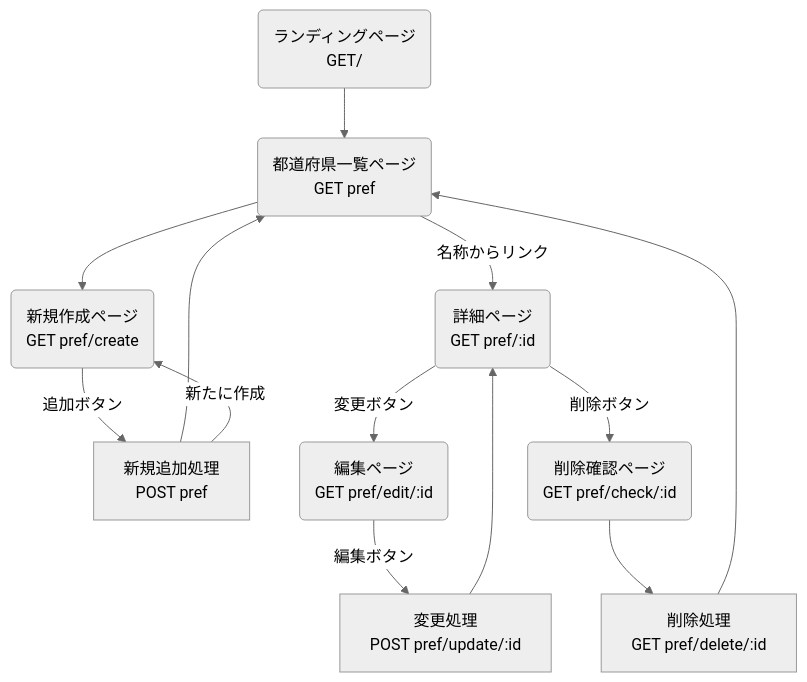
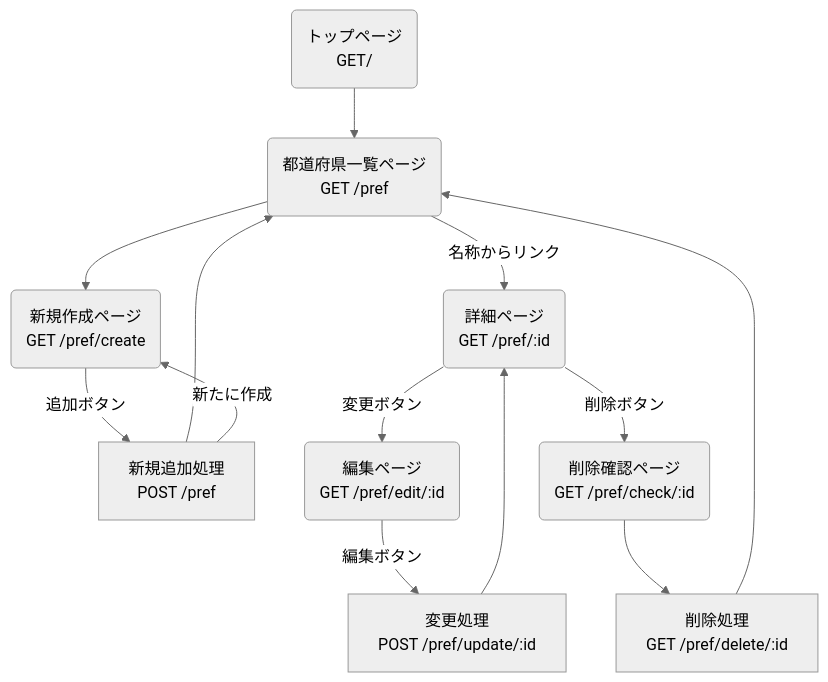
Before and after one commit to crab2424/webpro_submit: the diagram in document/fig/dev_pref/flowchart.md, drawn with Mermaid (neutral theme). The commit also changed 7 other files, not shown here.

````diff
--- a/document/fig/dev_pref/flowchart.md
+++ b/document/fig/dev_pref/flowchart.md
@@ -1,21 +1,21 @@
 ```mermaid
 graph TD
-    L(ランディングページ<br>GET/);
-    L --> A(都道府県一覧ページ<br>GET pref) --> |名称からリンク|B(詳細ページ<br>GET pref/:id);
-    A --> C(新規作成ページ<br>GET pref/create);
+    L(トップページ<br>GET/);
+    L --> A(都道府県一覧ページ<br>GET /pref) --> |名称からリンク|B(詳細ページ<br>GET /pref/:id);
+    A --> C(新規作成ページ<br>GET /pref/create);
 
-    C --> |追加ボタン|D[新規追加処理<br>POST pref];
+    C --> |追加ボタン|D[新規追加処理<br>POST /pref];
     D --> A;
     D --> |新たに作成|C;
 
-    B --> |変更ボタン|E(編集ページ<br>GET pref/edit/:id);
-    B --> |削除ボタン|F(削除確認ページ<br>GET pref/check/:id);
+    B --> |変更ボタン|E(編集ページ<br>GET /pref/edit/:id);
+    B --> |削除ボタン|F(削除確認ページ<br>GET /pref/check/:id);
 
-    E --> |編集ボタン|G[変更処理<br>POST pref/update/:id];
-    F --> H[削除処理<br>GET pref/delete/:id];
+    E --> |編集ボタン|G[変更処理<br>POST /pref/update/:id];
+    F --> H[削除処理<br>GET /pref/delete/:id];
 
     G --> B;
     H --> A;
 
 
 ```
````
